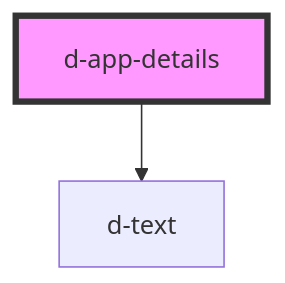
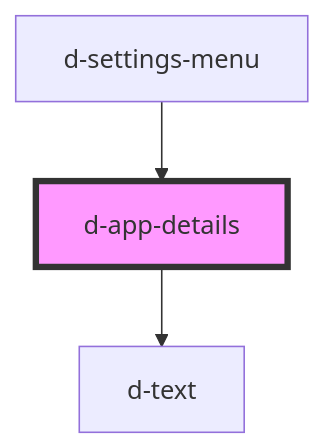
The diagram in src/components/app-details/readme.md (ForkbombEu/didroom-components), drawn with Mermaid before and after one commit. The commit also changed other lines of this file and 6 other files, not shown here.

Commit message:
feat: add app settings menu

````diff
--- a/src/components/app-details/readme.md
+++ b/src/components/app-details/readme.md
@@ -23,5 +27,6 @@
 ```mermaid
 graph TD;
   d-app-details --> d-text
+  d-settings-menu --> d-app-details
   style d-app-details fill:#f9f,stroke:#333,stroke-width:4px
 ```
````
